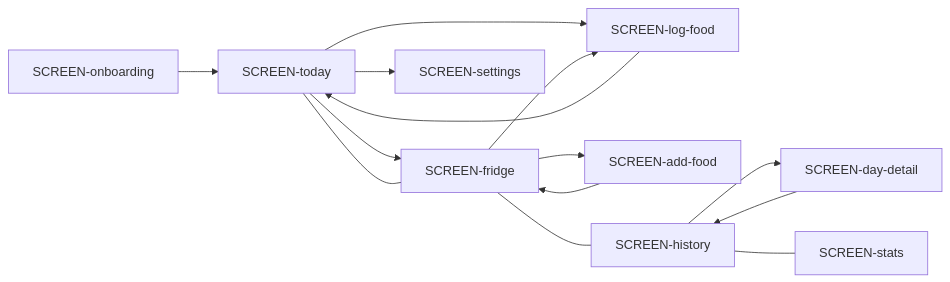
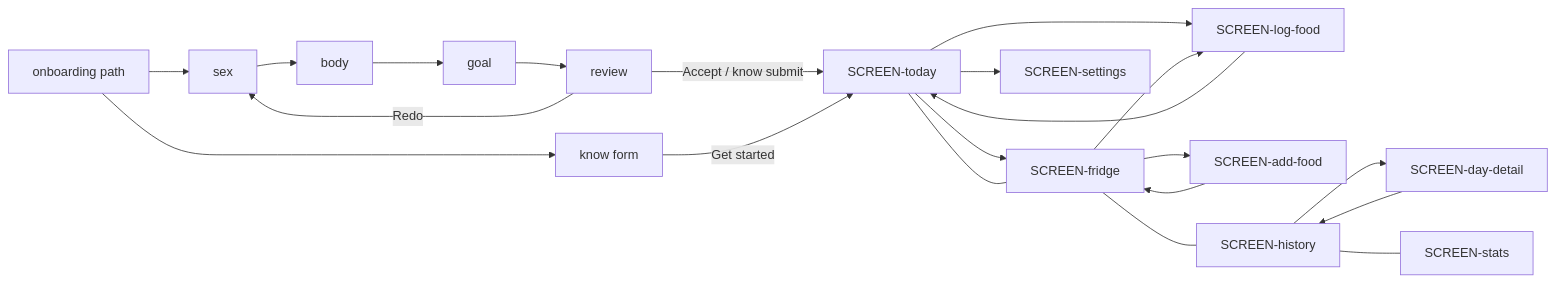
Before and after one commit to AleksandrSoloviev/cal_count: the diagram in .specify/memory/ui/navigation.md, drawn with Mermaid. The commit also changed other lines of this file and 14 other files, not shown here.

First line of the commit message:
Add Mifflin–St Jeor onboarding path for users who don't know C/P/F/C.

````diff
--- a/.specify/memory/ui/navigation.md
+++ b/.specify/memory/ui/navigation.md
@@ -29,16 +30,23 @@
 ```mermaid
 flowchart LR
-  ON[SCREEN-onboarding] --> TODAY[SCREEN-today]
+  PATH[onboarding path] --> KNOW[know form]
+  PATH --> SEX[sex]
+  SEX --> BODY[body]
+  BODY --> GOAL[goal]
+  GOAL --> REVIEW[review]
+  REVIEW -->|Accept / know submit| TODAY[SCREEN-today]
+  KNOW -->|Get started| TODAY
+  REVIEW -->|Redo| SEX
   TODAY --> FRIDGE[SCREEN-fridge]
   TODAY --> SETTINGS[SCREEN-settings]
   TODAY --> LOG[SCREEN-log-food]
   FRIDGE --> LOG
   FRIDGE --> ADD[SCREEN-add-food]
   LOG --> TODAY
   ADD --> FRIDGE
   HIST[SCREEN-history] --> DAY[SCREEN-day-detail]
   DAY --> HIST
   TODAY --- FRIDGE
   FRIDGE --- HIST
   HIST --- STATS[SCREEN-stats]
 ```
````
